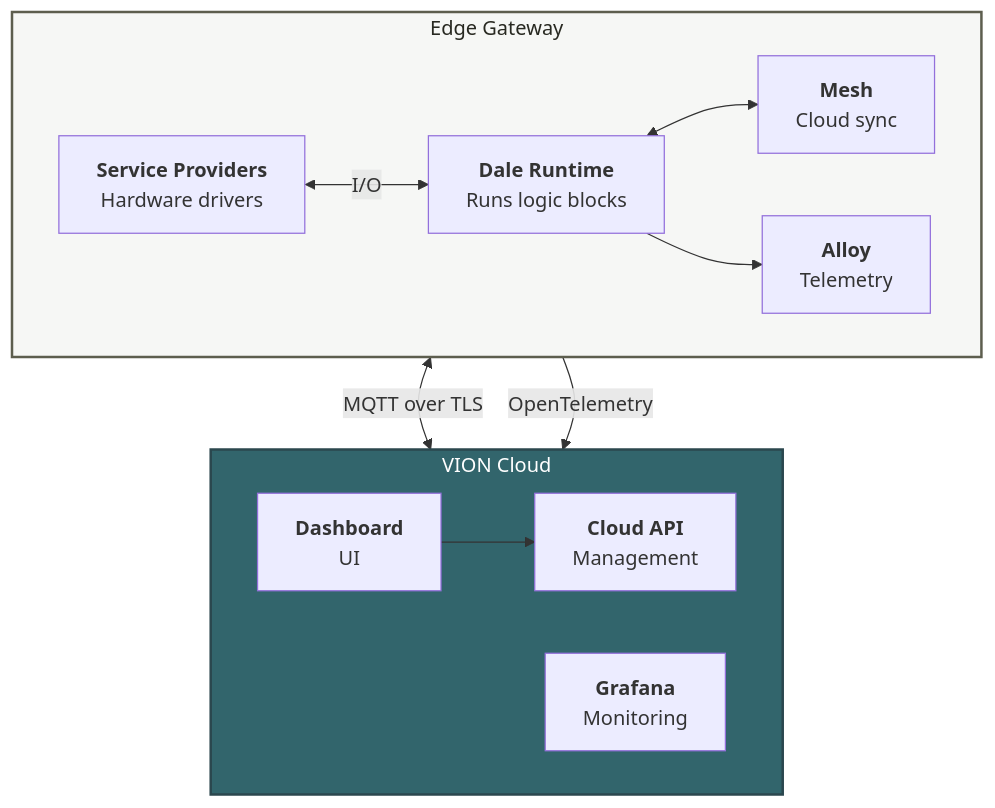
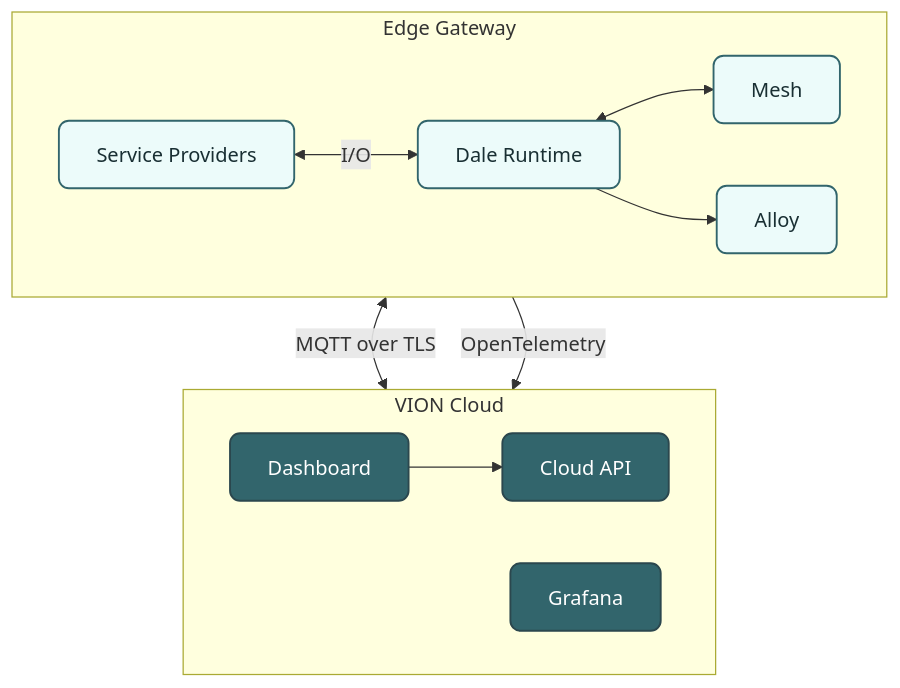
One commit to VION-IoT/documentation changed the third of 4 diagrams in docs/introduction/what-is-vion.md. Above: the diagram before and after it, drawn with Mermaid. The commit also changed other lines of this file and 2 other files, not shown here.

First line of the commit message:
Improve mermaid diagram styling and fix node text clipping

````diff
--- a/docs/introduction/what-is-vion.md
+++ b/docs/introduction/what-is-vion.md
@@ -71,27 +77,30 @@
 ```mermaid
 flowchart TB
     subgraph EdgeBox["Edge Gateway"]
         direction LR
-        Dale["<b>Dale Runtime</b><br/>Runs logic blocks"]
-        Mesh["<b>Mesh</b><br/>Cloud sync"]
-        SP["<b>Service Providers</b><br/>Hardware drivers"]
-        Alloy["<b>Alloy</b><br/>Telemetry"]
+        SP["Service Providers"]
+        Dale["Dale Runtime"]
+        Mesh["Mesh"]
+        Alloy["Alloy"]
         SP <-->|"I/O"| Dale
         Dale <--> Mesh
         Dale --> Alloy
     end
 
     subgraph CloudBox["VION Cloud"]
         direction LR
-        CloudAPI["<b>Cloud API</b><br/>Management"]
-        Dashboard["<b>Dashboard</b><br/>UI"]
-        Grafana["<b>Grafana</b><br/>Monitoring"]
+        CloudAPI["Cloud API"]
+        Dashboard["Dashboard"]
+        Grafana["Grafana"]
         Dashboard --> CloudAPI
     end
 
     Mesh <-->|"MQTT over TLS"| CloudAPI
     Alloy -->|"OpenTelemetry"| Grafana
 
-    style EdgeBox fill:#f6f7f5,stroke:#5d5e4e,stroke-width:2px,color:#282921
-    style CloudBox fill:#32656c,stroke:#2b474e,stroke-width:2px,color:#ffffff
+    classDef edgeNode fill:#ecfbfa,stroke:#32656c,stroke-width:1.5px,color:#192f33,rx:8
+    classDef cloudNode fill:#32656c,stroke:#2b474e,stroke-width:1.5px,color:#ffffff,rx:8
+
+    class SP,Dale,Mesh,Alloy edgeNode
+    class CloudAPI,Dashboard,Grafana cloudNode
 ```
````
